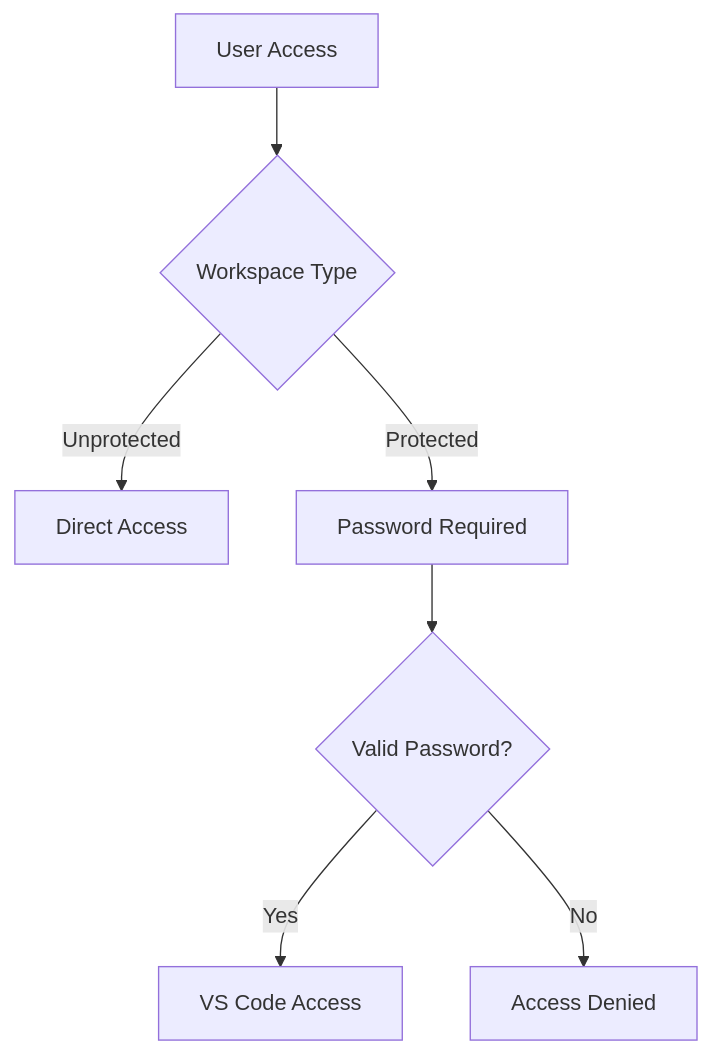
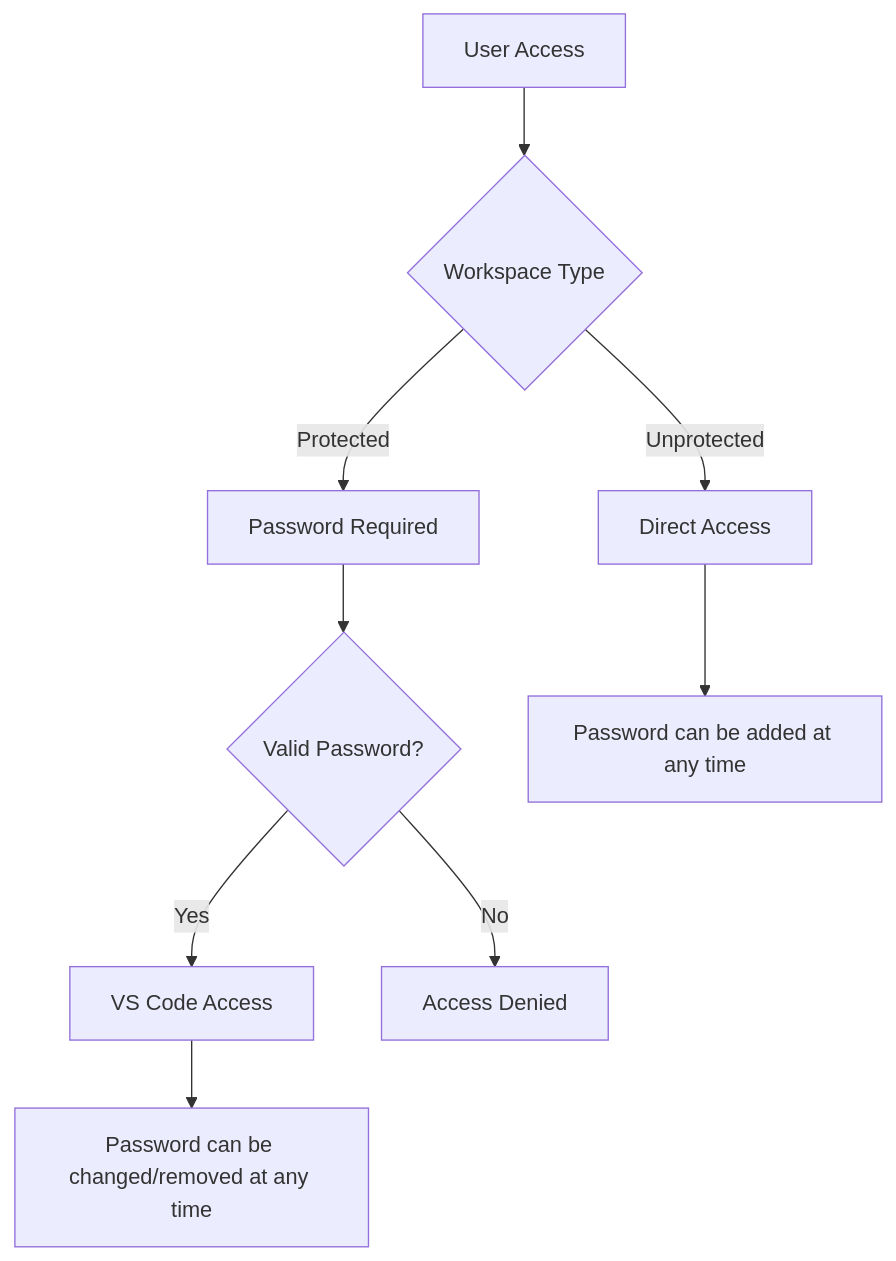
Before and after one commit to DG1001/XaresAICoder: the diagram in docs/SECURITY.md, drawn with Mermaid. The commit also changed other lines of this file and 3 other files, not shown here.

````diff
--- a/docs/SECURITY.md
+++ b/docs/SECURITY.md
@@ -273,9 +339,11 @@
 ```mermaid
 graph TD
     A[User Access] --> B{Workspace Type}
     B -->|Unprotected| C[Direct Access]
     B -->|Protected| D[Password Required]
     D --> E{Valid Password?}
     E -->|Yes| F[VS Code Access]
     E -->|No| G[Access Denied]
+    F --> H[Password can be changed/removed at any time]
+    C --> I[Password can be added at any time]
 ```
````
